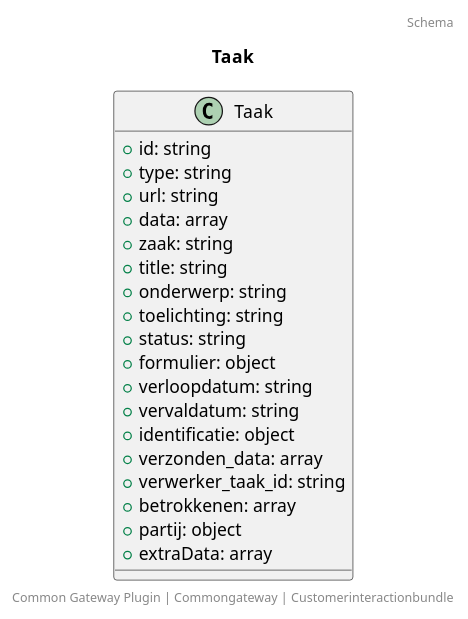
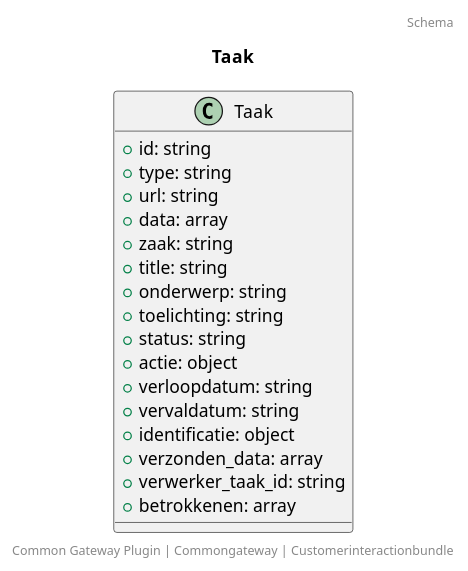
Before and after one commit to CommonGateway/CustomerInteractionBundle: the diagram in docs/schema/klant.taak.puml, drawn with PlantUML. The commit also changed 29 other files, not shown here.

```diff
--- a/docs/schema/klant.taak.puml
+++ b/docs/schema/klant.taak.puml
@@ -1,26 +1,24 @@
 @startuml
 title: Taak
 footer: Common Gateway Plugin | Commongateway | Customerinteractionbundle 
 header: Schema
 
 class Taak {
   + id: string
   + type: string
   + url: string
   + data: array
   + zaak: string
   + title: string
   + onderwerp: string
   + toelichting: string
   + status: string
-  + formulier: object
+  + actie: object
   + verloopdatum: string
   + vervaldatum: string
   + identificatie: object
   + verzonden_data: array
   + verwerker_taak_id: string
   + betrokkenen: array
-  + partij: object
-  + extraData: array
 }
 @enduml
```
